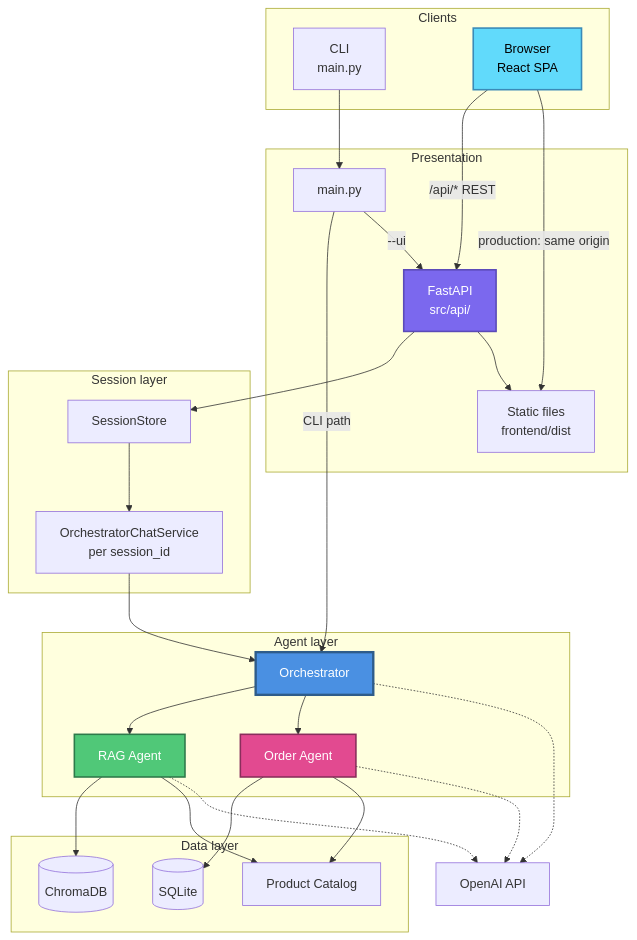
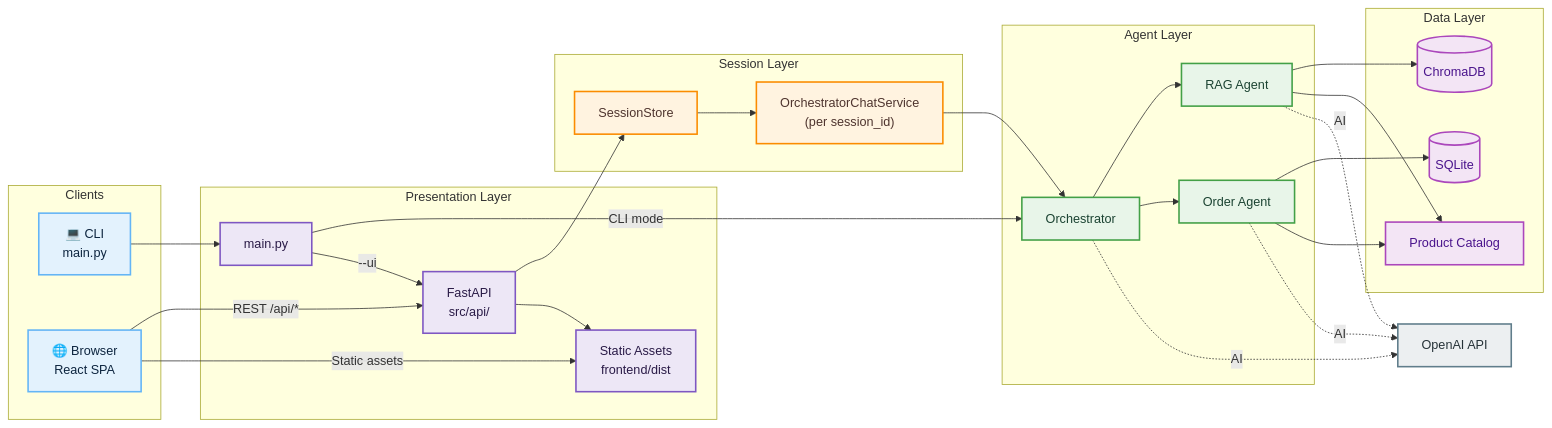
The first of 2 diagrams in docs/architecture.md (thecodingpoet/cecilia.ai), drawn with Mermaid before and after one commit.

Commit message:
Update system architecture diagram

````diff
--- a/docs/architecture.md
+++ b/docs/architecture.md
@@ -33,59 +33,94 @@
 ```mermaid
-flowchart TB
-    subgraph clients [Clients]
-        CLI[CLI<br/>main.py]
-        Browser[Browser<br/>React SPA]
+flowchart LR
+    %% =========================
+    %% Clients
+    %% =========================
+    subgraph CLIENTS["Clients"]
+        CLI["💻 CLI<br/>main.py"]
+        Browser["🌐 Browser<br/>React SPA"]
     end
 
-    subgraph presentation [Presentation]
-        Main[main.py]
-        API[FastAPI<br/>src/api/]
-        Static[Static files<br/>frontend/dist]
+    %% =========================
+    %% Presentation Layer
+    %% =========================
+    subgraph PRESENTATION["Presentation Layer"]
+        Main["main.py"]
+        API["FastAPI<br/>src/api/"]
+        Static["Static Assets<br/>frontend/dist"]
     end
 
-    subgraph session [Session layer]
-        Store[SessionStore]
-        ChatSvc[OrchestratorChatService<br/>per session_id]
+    %% =========================
+    %% Session Layer
+    %% =========================
+    subgraph SESSION["Session Layer"]
+        Store["SessionStore"]
+        ChatSvc["OrchestratorChatService<br/>(per session_id)"]
     end
 
-    subgraph agents [Agent layer]
-        Orch[Orchestrator]
-        RAG[RAG Agent]
-        Order[Order Agent]
+    %% =========================
+    %% Agent Layer
+    %% =========================
+    subgraph AGENTS["Agent Layer"]
+        Orch["Orchestrator"]
+        RAG["RAG Agent"]
+        Order["Order Agent"]
     end
 
-    subgraph data [Data layer]
-        Chroma[(ChromaDB)]
-        SQLite[(SQLite)]
-        Catalog[Product Catalog]
+    %% =========================
+    %% Data Layer
+    %% =========================
+    subgraph DATA["Data Layer"]
+        Chroma[("ChromaDB")]
+        SQLite[("SQLite")]
+        Catalog["Product Catalog"]
     end
 
-    OpenAI[OpenAI API]
+    OpenAI["OpenAI API"]
 
+    %% =========================
+    %% Flows
+    %% =========================
     CLI --> Main
-    Browser -->|"/api/*" REST| API
-    Browser -->|production: same origin| Static
-    Main -->|CLI path| Orch
+
+    Browser -->|"REST /api/*"| API
+    Browser -->|"Static assets"| Static
+
+    Main -->|"CLI mode"| Orch
     Main -->|"--ui"| API
+
     API --> Store
     Store --> ChatSvc
     ChatSvc --> Orch
+
     API --> Static
 
     Orch --> RAG
     Orch --> Order
+
     RAG --> Chroma
     RAG --> Catalog
+
     Order --> SQLite
     Order --> Catalog
 
-    Orch -.-> OpenAI
-    RAG -.-> OpenAI
-    Order -.-> OpenAI
+    Orch -. AI .-> OpenAI
+    RAG -. AI .-> OpenAI
+    Order -. AI .-> OpenAI
 
-    style Orch fill:#4A90E2,stroke:#2E5C8A,stroke-width:3px,color:#fff
-    style RAG fill:#50C878,stroke:#2E7A4A,stroke-width:2px,color:#fff
-    style Order fill:#E24A90,stroke:#8A2E5C,stroke-width:2px,color:#fff
-    style API fill:#7B68EE,stroke:#5A4AB8,stroke-width:2px,color:#fff
-    style Browser fill:#61DAFB,stroke:#3A8BB8,stroke-width:2px,color:#000
+    %% =========================
+    %% Styling
+    %% =========================
+    classDef client fill:#E3F2FD,stroke:#64B5F6,stroke-width:2px,color:#0D253F
+    classDef presentation fill:#EDE7F6,stroke:#7E57C2,stroke-width:2px,color:#2A1B47
+    classDef session fill:#FFF3E0,stroke:#FB8C00,stroke-width:2px,color:#4E342E
+    classDef agent fill:#E8F5E9,stroke:#43A047,stroke-width:2px,color:#1B4332
+    classDef data fill:#F3E5F5,stroke:#AB47BC,stroke-width:2px,color:#4A148C
+    classDef external fill:#ECEFF1,stroke:#607D8B,stroke-width:2px,color:#263238
+
+    class CLI,Browser client
+    class Main,API,Static presentation
+    class Store,ChatSvc session
+    class Orch,RAG,Order agent
+    class Chroma,SQLite,Catalog data
+    class OpenAI external
 ```
````
